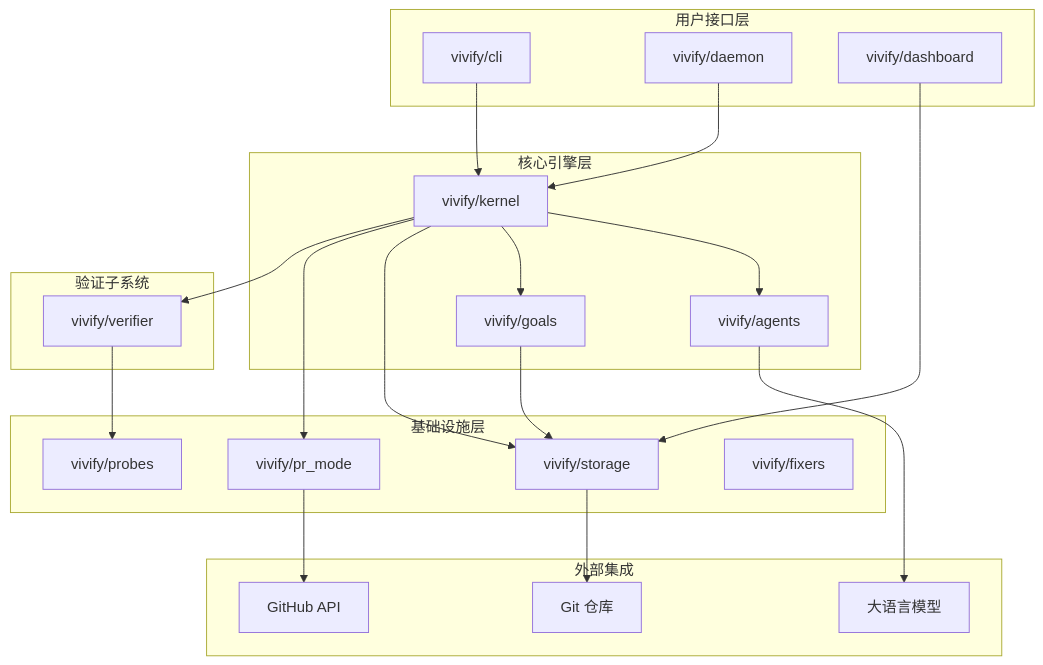
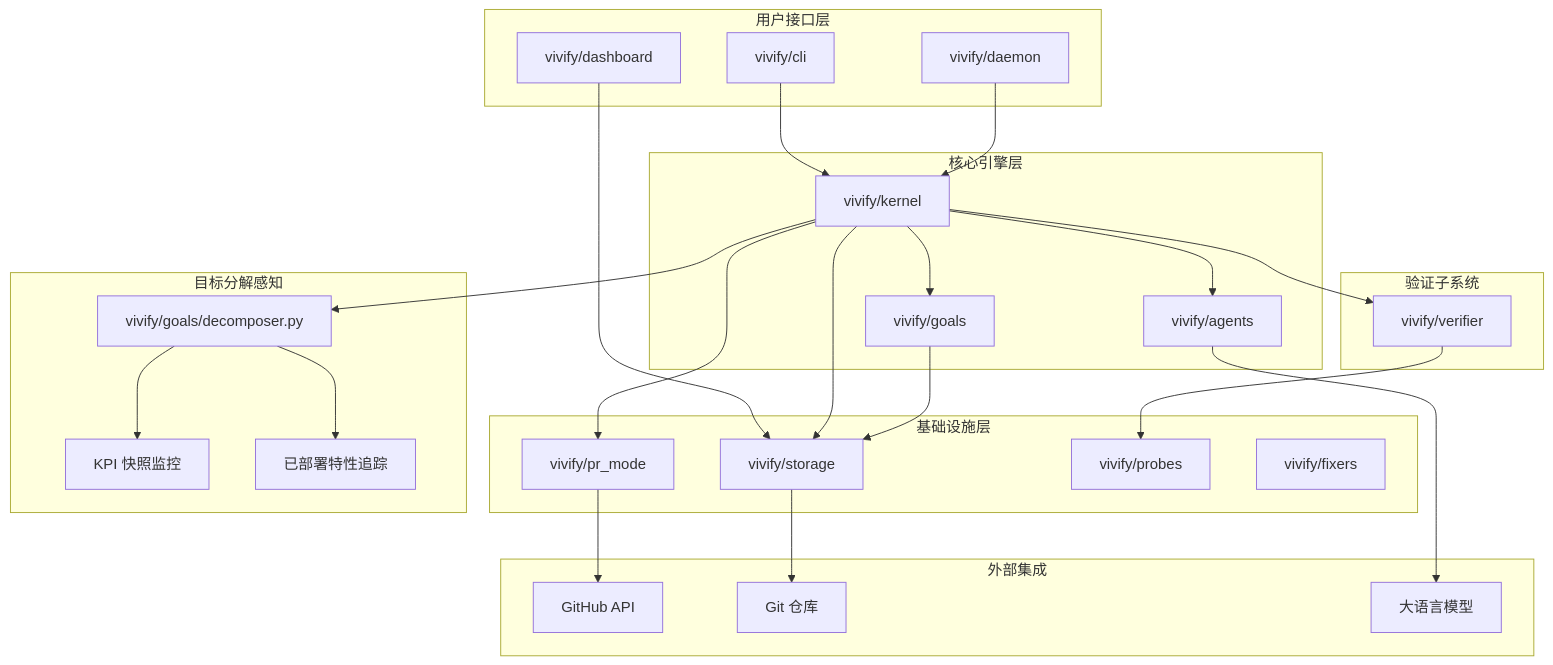
One commit to pinsonchen/vivify changed the fourth of 17 diagrams in .qoder/repowiki/zh/content/技术实现参考/评估文档套件.md. Above: the diagram before and after it, drawn with Mermaid. The commit also changed other lines of this file and 22 other files, not shown here.

````diff
--- a/.qoder/repowiki/zh/content/技术实现参考/评估文档套件.md
+++ b/.qoder/repowiki/zh/content/技术实现参考/评估文档套件.md
@@ -179,40 +194,48 @@
 ```mermaid
 graph TB
 subgraph "用户接口层"
 CLI[vivify/cli]
 Daemon[vivify/daemon]
 Dashboard[vivify/dashboard]
 end
 subgraph "核心引擎层"
 Kernel[vivify/kernel]
 Agent[vivify/agents]
 Goals[vivify/goals]
 end
 subgraph "基础设施层"
 Storage[vivify/storage]
 PRMode[vivify/pr_mode]
 Probes[vivify/probes]
 Fixers[vivify/fixers]
 end
 subgraph "验证子系统"
 Verifier[vivify/verifier]
 end
+subgraph "目标分解感知"
+GoalDecomposer[vivify/goals/decomposer.py]
+KpiMonitor[KPI 快照监控]
+DeployedTracker[已部署特性追踪]
+end
 subgraph "外部集成"
 GitHub[GitHub API]
 Git[Git 仓库]
 LLM[大语言模型]
 end
 CLI --> Kernel
 Daemon --> Kernel
 Dashboard --> Storage
 Kernel --> Agent
 Kernel --> Goals
 Kernel --> Storage
 Kernel --> PRMode
 Kernel --> Verifier
+Kernel --> GoalDecomposer
+GoalDecomposer --> KpiMonitor
+GoalDecomposer --> DeployedTracker
 Agent --> LLM
 PRMode --> GitHub
 Storage --> Git
 Goals --> Storage
 Verifier --> Probes
 ```
````
